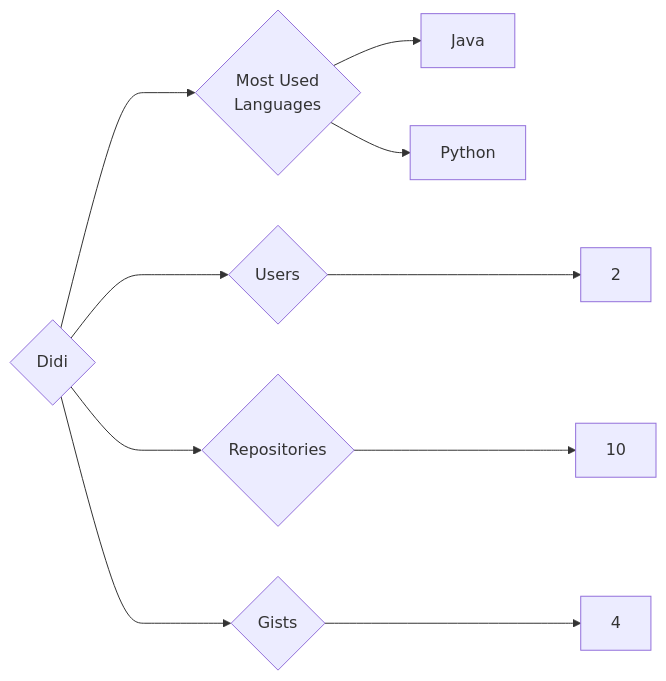
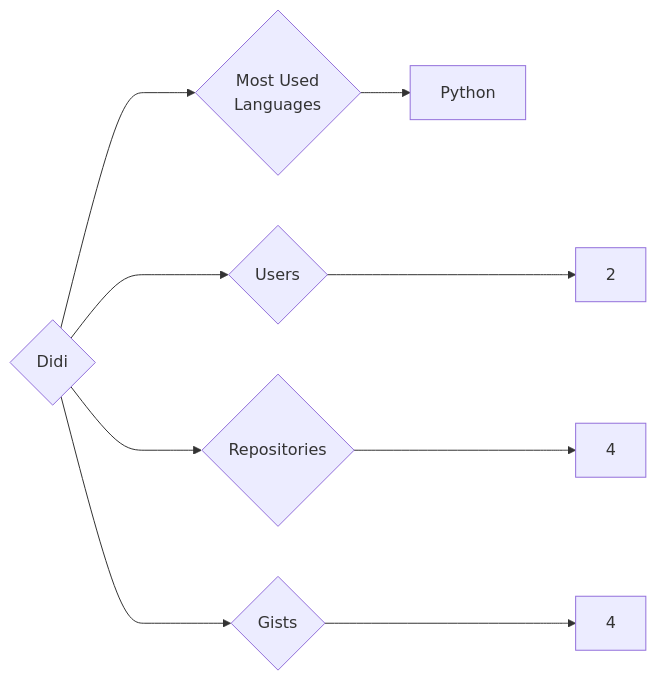
One commit to trickest/insiders changed the diagram in targets/Didi/README.md. Above: the diagram before and after it, drawn with Mermaid. The commit also changed 988 other files, not shown here.

````diff
--- a/targets/Didi/README.md
+++ b/targets/Didi/README.md
@@ -3,10 +3,9 @@
 ```mermaid
 graph LR
 COMPANY_NAME{Didi}
 COMPANY_NAME ---> U{Users} ---> UN[2]
-COMPANY_NAME ---> R{Repositories} ---> RN[10]
+COMPANY_NAME ---> R{Repositories} ---> RN[4]
 COMPANY_NAME ---> G{Gists} ---> GN[4]
 COMPANY_NAME ---> ML{Most Used<br>Languages}
-ML --> Java[Java]
 ML --> Python[Python]
 ```
````
